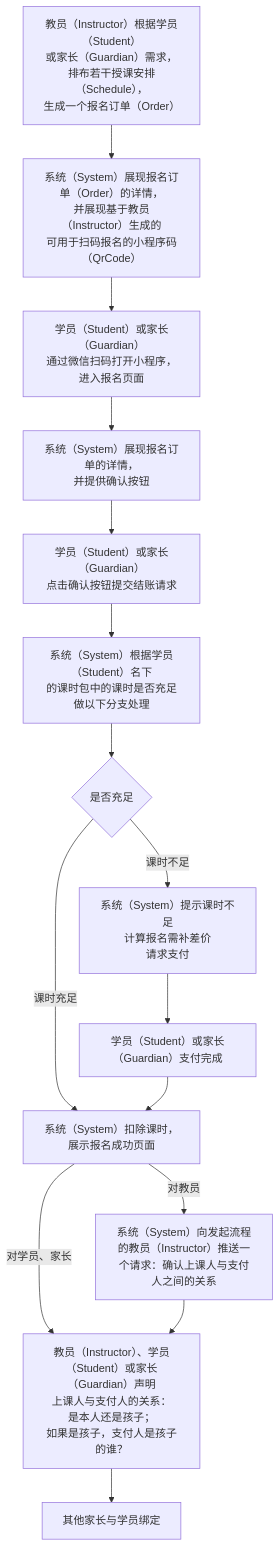
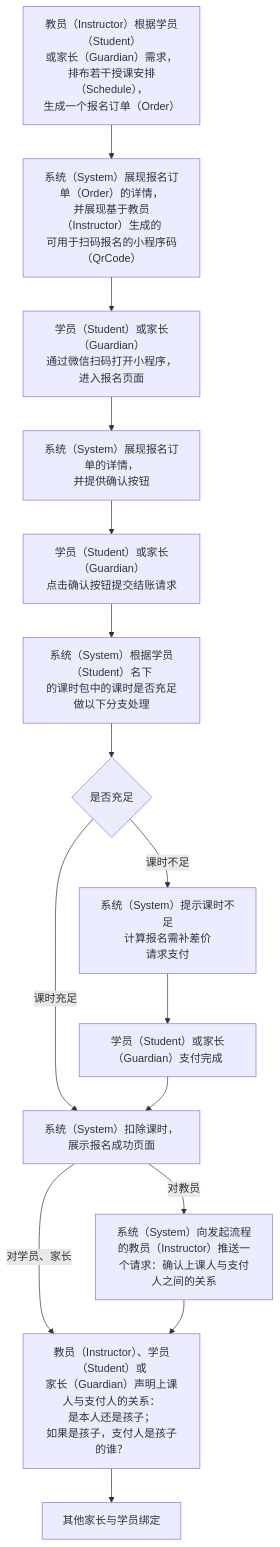
One commit to world-wide-web/sign changed the diagram in 用例/报名.md. Above: the diagram before and after it, drawn with Mermaid. The commit also changed other lines of this file, not shown here.

````diff
--- a/用例/报名.md
+++ b/用例/报名.md
@@ -8,44 +8,44 @@
 ```mermaid
 graph TD
 
 生成报名订单-->生成报名码
 生成报名码-->扫码报名
 扫码报名-->展现报名订单
 展现报名订单-->确认并提交结账请求
 确认并提交结账请求-->检查课时数量
 检查课时数量-->判断课时数量
 判断课时数量--课时充足-->扣课并提示报名成功
 判断课时数量--课时不足-->请求支付
 请求支付-->支付完成
 支付完成-->扣课并提示报名成功
 扣课并提示报名成功--对教员-->请求身份声明
 扣课并提示报名成功--"对学员、家长"-->身份声明
 请求身份声明-->身份声明
 身份声明-->其他家长与学员绑定
 
 生成报名订单["<center>教员（Instructor）根据学员（Student）<br>或家长（Guardian）需求，<br>排布若干授课安排（Schedule），<br>生成一个报名订单（Order）</center>"]
 
 生成报名码["<center>系统（System）展现报名订单（Order）的详情，<br>并展现基于教员（Instructor）生成的<br>可用于扫码报名的小程序码（QrCode）</center>"]
 
 扫码报名["<center>学员（Student）或家长（Guardian）<br>通过微信扫码打开小程序，进入报名页面</center>"]
 
 展现报名订单["<center>系统（System）展现报名订单的详情，<br>并提供确认按钮</center>"]
 
 确认并提交结账请求["<center>学员（Student）或家长（Guardian）<br>点击确认按钮提交结账请求</center>"]
 
 检查课时数量["<center>系统（System）根据学员（Student）名下<br>的课时包中的课时是否充足做以下分支处理</center>"]
 
 判断课时数量{"<center>是否充足</center>"}
 
 请求支付["<center>系统（System）提示课时不足<br>计算报名需补差价<br>请求支付</center>"]
 
 支付完成["<center>学员（Student）或家长（Guardian）支付完成</center>"]
 
 扣课并提示报名成功["<center>系统（System）扣除课时，展示报名成功页面</center>"]
 
 请求身份声明["<center>系统（System）向发起流程的教员（Instructor）推送一个请求：确认上课人与支付人之间的关系</center>"]
 
-身份声明["<center>教员（Instructor）、学员（Student）或家长（Guardian）声明<br>上课人与支付人的关系：<br>是本人还是孩子；<br>如果是孩子，支付人是孩子的谁？</center>"]
+身份声明["<center>教员（Instructor）、学员（Student）或<br>家长（Guardian）声明上课人与支付人的关系：<br>是本人还是孩子；<br>如果是孩子，支付人是孩子的谁？</center>"]
 
 其他家长与学员绑定
 ```
````
